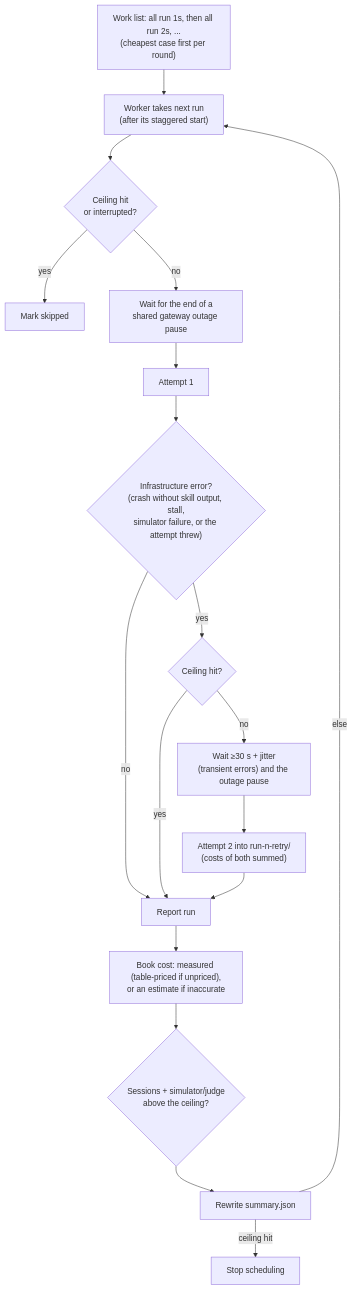
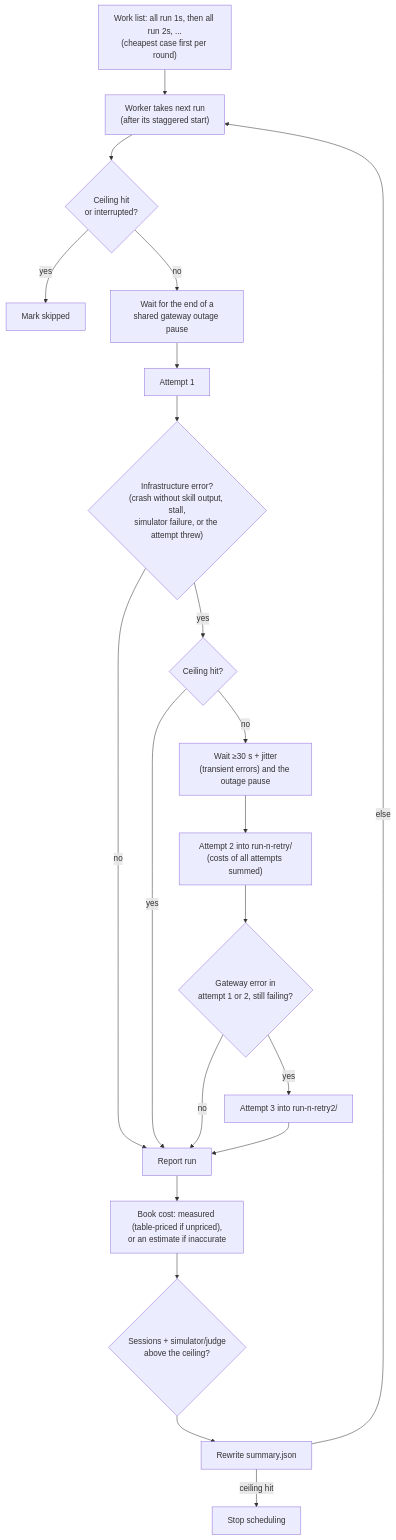
One commit to rse/ase-eval changed the fourth of 8 diagrams in ARCHITECTURE.md. Above: the diagram before and after it, drawn with Mermaid. The commit also changed other lines of this file and 9 other files, not shown here.

````diff
--- a/ARCHITECTURE.md
+++ b/ARCHITECTURE.md
@@ -70,17 +70,20 @@
 ```mermaid
 flowchart TD
     Q["Work list: all run 1s, then all run 2s, ...<br/>(cheapest case first per round)"] --> W
     W["Worker takes next run<br/>(after its staggered start)"] --> AB{"Ceiling hit<br/>or interrupted?"}
     AB -->|yes| SK["Mark skipped"]
     AB -->|no| OW["Wait for the end of a<br/>shared gateway outage pause"] --> AT["Attempt 1"]
     AT --> IN{"Infrastructure error?<br/>(crash without skill output, stall,<br/>simulator failure, or the attempt threw)"}
     IN -->|no| DONE["Report run"]
     IN -->|yes| CE{"Ceiling hit?"}
     CE -->|yes| DONE
-    CE -->|no| RD["Wait ≥30 s + jitter<br/>(transient errors) and the outage pause"] --> AT2["Attempt 2 into run-n-retry/<br/>(costs of both summed)"] --> DONE
+    CE -->|no| RD["Wait ≥30 s + jitter<br/>(transient errors) and the outage pause"] --> AT2["Attempt 2 into run-n-retry/<br/>(costs of all attempts summed)"]
+    AT2 --> GW{"Gateway error in<br/>attempt 1 or 2, still failing?"}
+    GW -->|no| DONE
+    GW -->|yes| AT3["Attempt 3 into run-n-retry2/"] --> DONE
     DONE --> BK["Book cost: measured (table-priced if unpriced),<br/>or an estimate if inaccurate"]
     BK --> CH{"Sessions + simulator/judge<br/>above the ceiling?"}
     CH --> SW["Rewrite summary.json"]
     SW -->|ceiling hit| STOP["Stop scheduling"]
     SW -->|else| W
 ```
````
